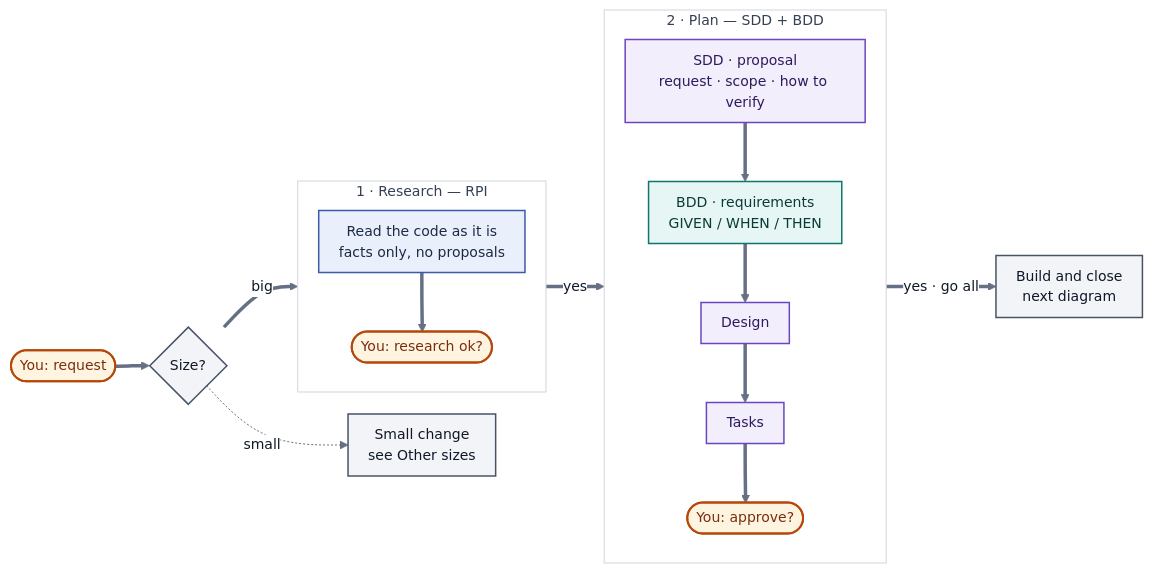
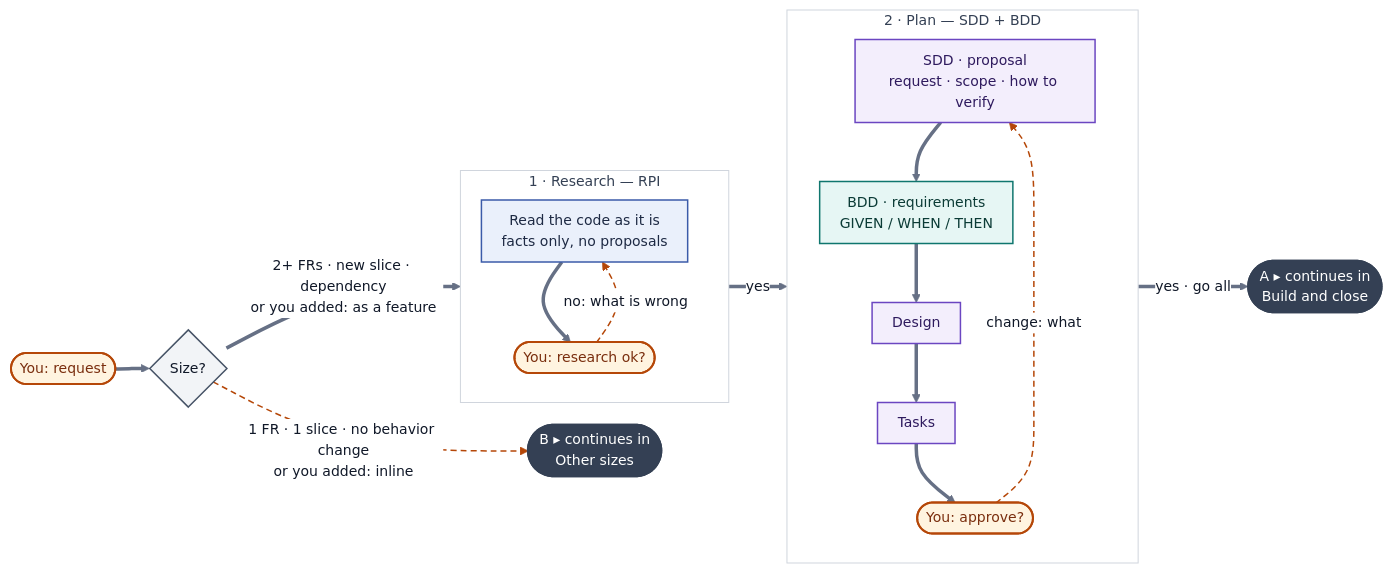
Before and after one commit to stevenhdz/spec-driven-development: the first of 3 diagrams in README.md, drawn with Mermaid. The commit also changed other lines of this file, not shown here.

Commit message:
docs: flow diagrams show every side path and where each one continues

````diff
--- a/README.md
+++ b/README.md
@@ -55,36 +55,40 @@
 ```mermaid
 %%{init: {"theme": "base", "themeVariables": {"fontFamily": "-apple-system, BlinkMacSystemFont, Segoe UI, Noto Sans, Helvetica, Arial, sans-serif", "fontSize": "14px", "lineColor": "#667085", "primaryTextColor": "#101828", "clusterBkg": "#FFFFFF", "clusterBorder": "#D0D5DD", "edgeLabelBackground": "#FFFFFF", "titleColor": "#344054"}, "flowchart": {"curve": "basis", "nodeSpacing": 22, "rankSpacing": 34, "padding": 10}}}%%
 flowchart LR
     Q(["You: request"]):::human
     SZ{"Size?"}:::auto
-    O["Small change<br>see Other sizes"]:::auto
-    NX["Build and close<br>next diagram"]:::auto
+    O(["B ▸ continues in<br>Other sizes"]):::conn
     Q ==> SZ
-    SZ ==>|big| R
-    SZ -.->|small| O
+    SZ ==>|"2+ FRs · new slice · dependency<br>or you added: as a feature"| R
+    SZ -.->|"1 FR · 1 slice · no behavior change<br>or you added: inline"| O
     subgraph R ["1 · Research — RPI"]
         direction TB
         RS["Read the code as it is<br>facts only, no proposals"]:::research
         RA(["You: research ok?"]):::human
         RS ==> RA
+        RA -.->|"no: what is wrong"| RS
     end
     subgraph P ["2 · Plan — SDD + BDD"]
         direction TB
         S1["SDD · proposal<br>request · scope · how to verify"]:::sdd
         S2["BDD · requirements<br>GIVEN / WHEN / THEN"]:::bdd
         S3["Design"]:::sdd
         S4["Tasks"]:::sdd
         A(["You: approve?"]):::human
         S1 ==> S2 ==> S3 ==> S4 ==> A
+        A -.->|"change: what"| S1
     end
+    NX(["A ▸ continues in<br>Build and close"]):::conn
     R ==>|yes| P
     P ==>|"yes · go all"| NX
     classDef research fill:#EAF0FB,stroke:#3B5BA9,stroke-width:1.5px,color:#1E2A44
     classDef sdd fill:#F3EEFC,stroke:#6B46C1,stroke-width:1.5px,color:#2E1A5E
     classDef bdd fill:#E6F6F4,stroke:#0F766E,stroke-width:1.5px,color:#0B3B36
     classDef red fill:#FDECEC,stroke:#B42318,stroke-width:1.5px,color:#5C1010
     classDef green fill:#E7F6EC,stroke:#15803D,stroke-width:1.5px,color:#0B3D1E
     classDef auto fill:#F2F4F7,stroke:#475467,stroke-width:1.5px,color:#101828
     classDef human fill:#FFF4E0,stroke:#B54708,stroke-width:2px,color:#7A2E0E
     classDef note fill:#FFFFFF,stroke:#B54708,stroke-width:1px,stroke-dasharray:4 3,color:#7A2E0E
+    classDef conn fill:#344054,stroke:#344054,stroke-width:1.5px,color:#FFFFFF
+    linkStyle 2,4,9 stroke:#B54708,stroke-width:1.5px,stroke-dasharray:6 4
 ```
````
